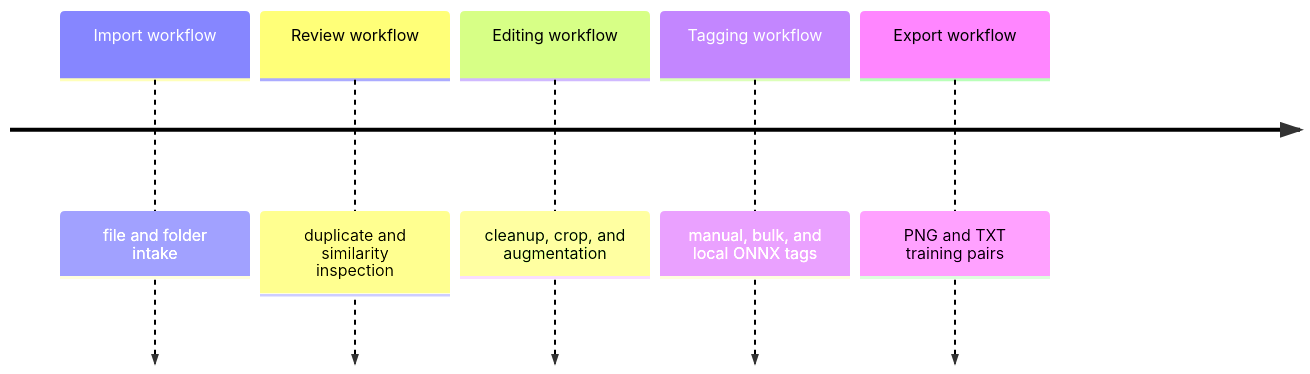
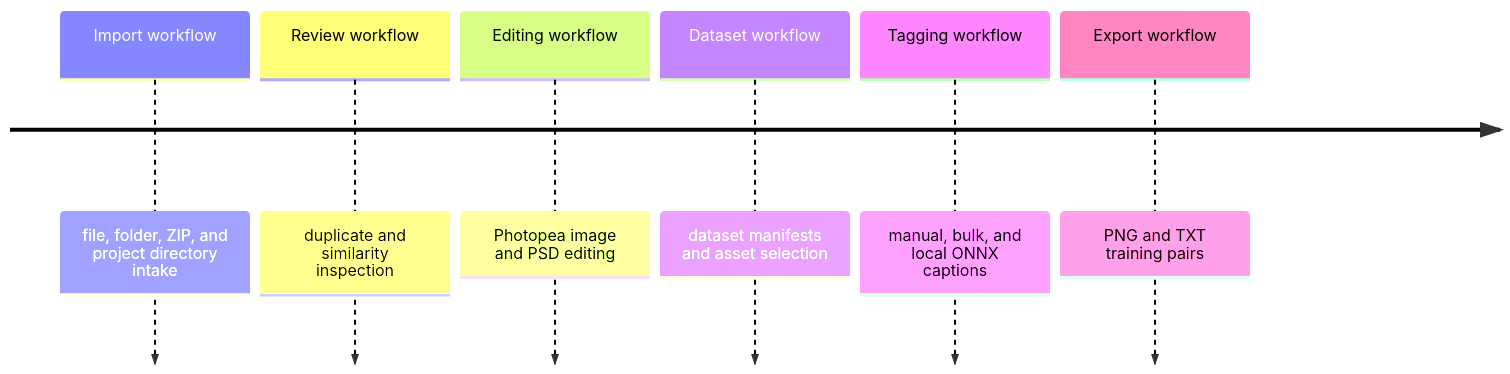
One commit to cabinet-being/dataset-creator changed the second of 3 diagrams in README.md. Above: the diagram before and after it, drawn with Mermaid. The commit also changed other lines of this file, not shown here.

````diff
--- a/README.md
+++ b/README.md
@@ -205,8 +222,9 @@
 ```mermaid
 timeline
-    Import workflow : file and folder intake
+    Import workflow : file, folder, ZIP, and project directory intake
     Review workflow : duplicate and similarity inspection
-    Editing workflow : cleanup, crop, and augmentation
-    Tagging workflow : manual, bulk, and local ONNX tags
+    Editing workflow : Photopea image and PSD editing
+    Dataset workflow : dataset manifests and asset selection
+    Tagging workflow : manual, bulk, and local ONNX captions
     Export workflow : PNG and TXT training pairs
 ```
````
